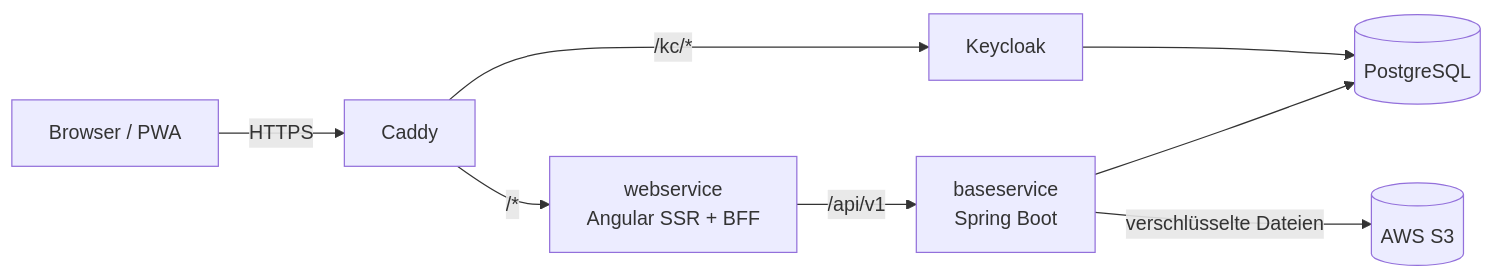
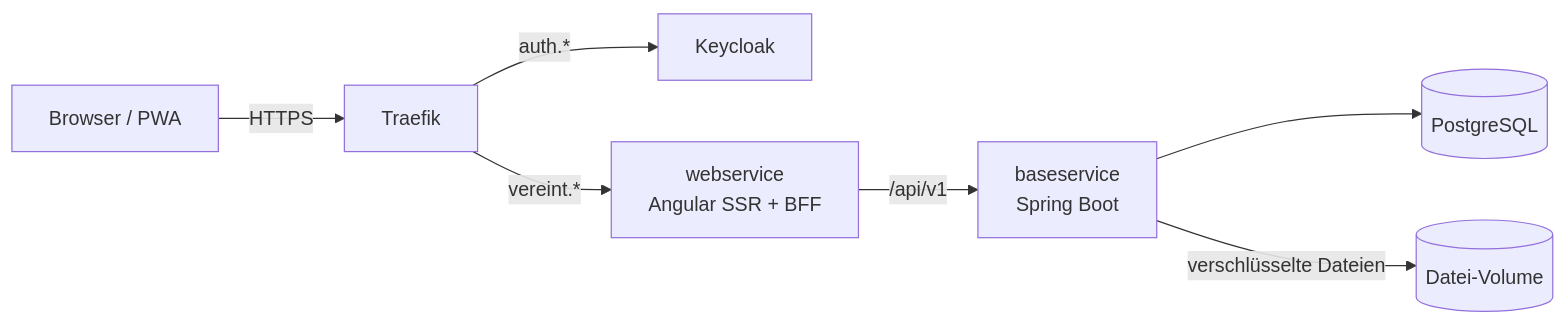
Before and after one commit to damaurer/vereint: the diagram in README.md, drawn with Mermaid. The commit also changed other lines of this file and 11 other files, not shown here.

````diff
--- a/README.md
+++ b/README.md
@@ -61,10 +61,9 @@
 ```mermaid
 graph LR
-    Browser["Browser / PWA"] -->|HTTPS| Caddy
-    Caddy -->|"/kc/*"| Keycloak
-    Caddy -->|"/*"| Web["webservice<br/>Angular SSR + BFF"]
+    Browser["Browser / PWA"] -->|HTTPS| Traefik
+    Traefik -->|"auth.*"| Keycloak
+    Traefik -->|"vereint.*"| Web["webservice<br/>Angular SSR + BFF"]
     Web -->|"/api/v1"| Base["baseservice<br/>Spring Boot"]
     Base --> PG[("PostgreSQL")]
-    Keycloak --> PG
-    Base -->|"verschlüsselte Dateien"| S3[("AWS S3")]
+    Base -->|"verschlüsselte Dateien"| Files[("Datei-Volume")]
 ```
````
